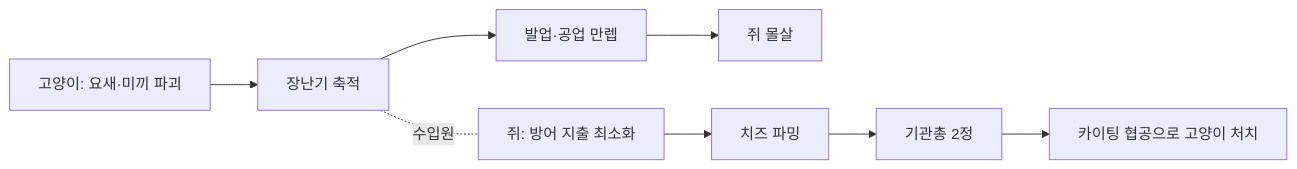
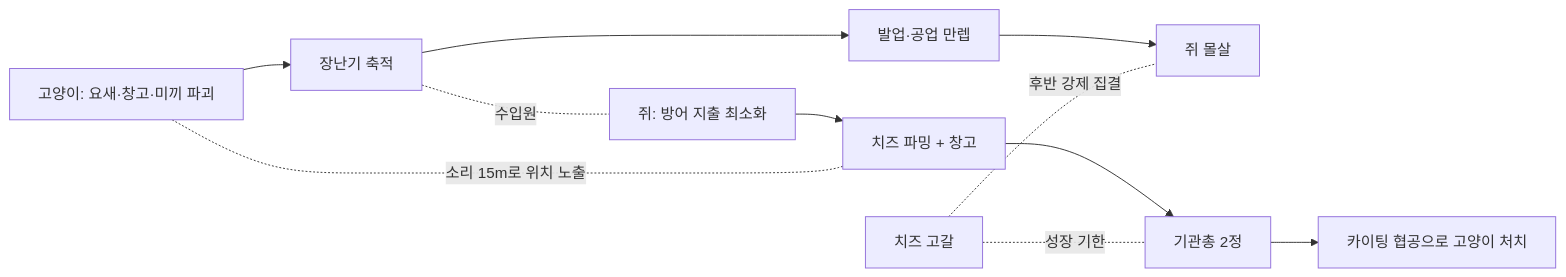
Before and after one commit to JeahanPark/The-Cheese-Thief-and-the-Cat: the diagram in CTC/docs/design-vault/승리 빌드 기획.md, drawn with Mermaid. The commit also changed other lines of this file and 1 other file, not shown here.

````diff
--- a/CTC/docs/design-vault/승리 빌드 기획.md
+++ b/CTC/docs/design-vault/승리 빌드 기획.md
@@ -14,10 +14,13 @@
 ```mermaid
 flowchart LR
-    A[고양이: 요새·미끼 파괴] --> B[장난기 축적]
+    A[고양이: 요새·창고·미끼 파괴] --> B[장난기 축적]
     B --> C[발업·공업 만렙]
     C --> D[쥐 몰살]
-    E[쥐: 방어 지출 최소화] --> F[치즈 파밍]
+    E[쥐: 방어 지출 최소화] --> F[치즈 파밍 + 창고]
     F --> G[기관총 2정]
     G --> H[카이팅 협공으로 고양이 처치]
-    B -.수입원.- E
+    B -. 수입원 .- E
+    F -. 소리 15m로 위치 노출 .- A
+    I[치즈 고갈] -. 후반 강제 집결 .- D
+    I -. 성장 기한 .- G
 ```
````
